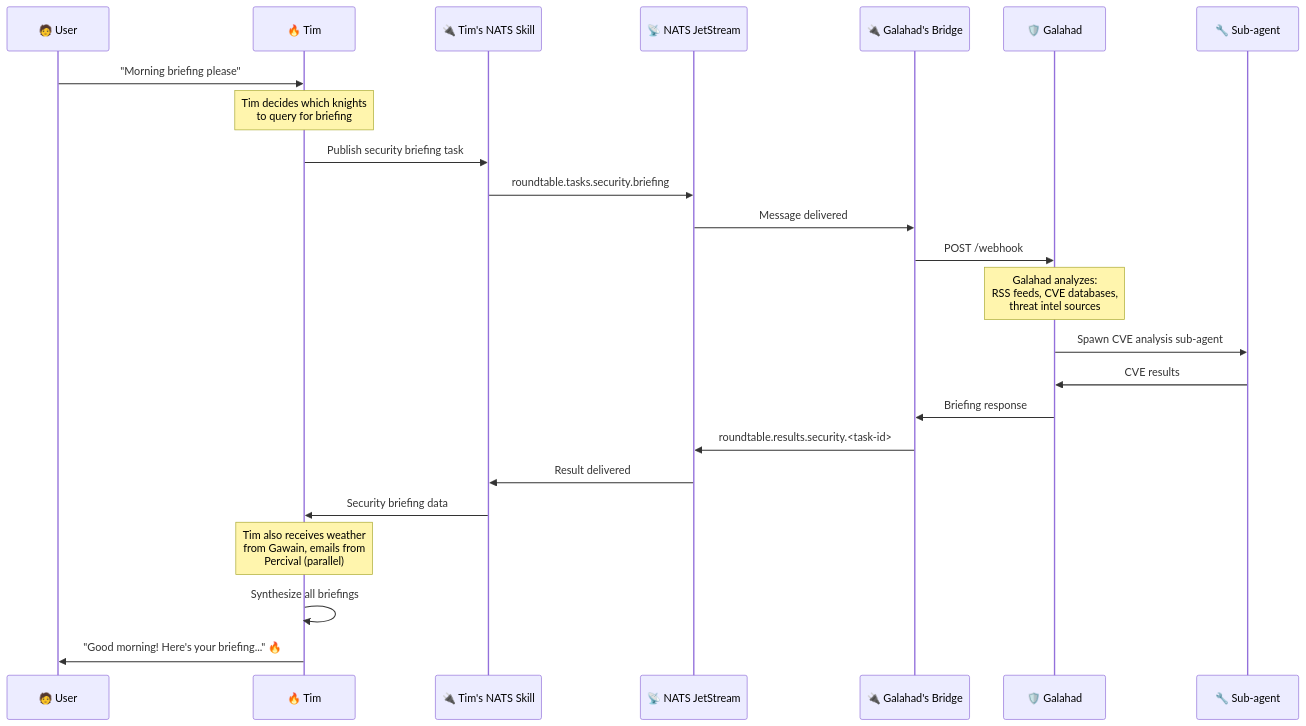
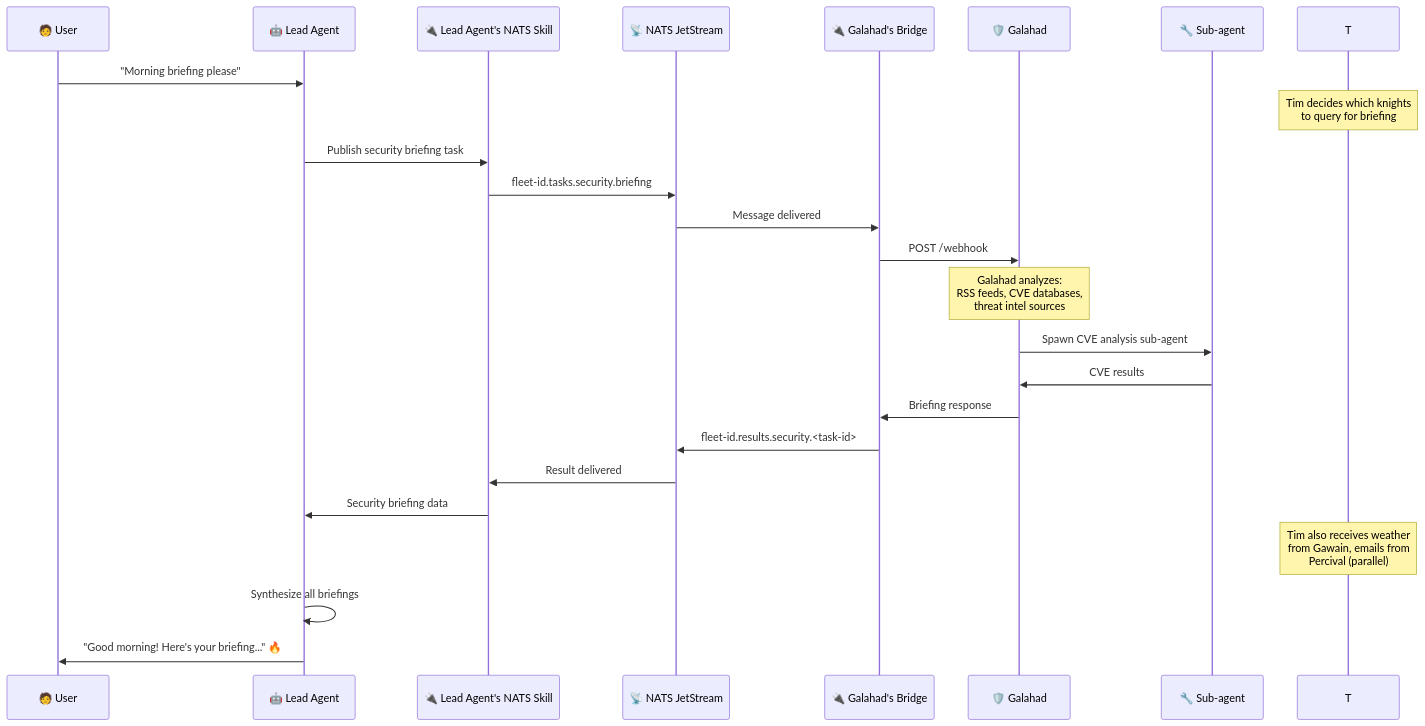
The fourth of 6 diagrams in docs/architecture.md (dapperdivers/roundtable), drawn with Mermaid before and after one commit. The commit also changed other lines of this file and 3 other files, not shown here.

First line of the commit message:
refactor: fleet-scoped architecture — replicable agent groups

````diff
--- a/docs/architecture.md
+++ b/docs/architecture.md
@@ -124,35 +122,35 @@
 ```mermaid
 sequenceDiagram
     participant U as 🧑 User
-    participant T as 🔥 Tim
-    participant TN as 🔌 Tim's NATS Skill
+    participant L as 🤖 Lead Agent
+    participant TN as 🔌 Lead Agent's NATS Skill
     participant N as 📡 NATS JetStream
     participant GB as 🔌 Galahad's Bridge
     participant G as 🛡️ Galahad
     participant S as 🔧 Sub-agent
 
-    U->>T: "Morning briefing please"
+    U->>L: "Morning briefing please"
     
     Note over T: Tim decides which knights<br/>to query for briefing
 
-    T->>TN: Publish security briefing task
-    TN->>N: roundtable.tasks.security.briefing
+    L->>TN: Publish security briefing task
+    TN->>N: fleet-id.tasks.security.briefing
 
     N->>GB: Message delivered
     GB->>G: POST /webhook
 
     Note over G: Galahad analyzes:<br/>RSS feeds, CVE databases,<br/>threat intel sources
 
     G->>S: Spawn CVE analysis sub-agent
     S->>G: CVE results
 
     G->>GB: Briefing response
-    GB->>N: roundtable.results.security.<task-id>
+    GB->>N: fleet-id.results.security.<task-id>
     N->>TN: Result delivered
-    TN->>T: Security briefing data
+    TN->>L: Security briefing data
 
     Note over T: Tim also receives weather<br/>from Gawain, emails from<br/>Percival (parallel)
 
-    T->>T: Synthesize all briefings
-    T->>U: "Good morning! Here's your briefing..." 🔥
+    L->>L: Synthesize all briefings
+    L->>U: "Good morning! Here's your briefing..." 🔥
 ```
````
